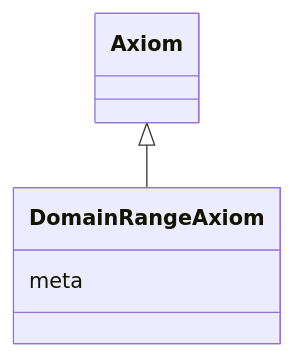
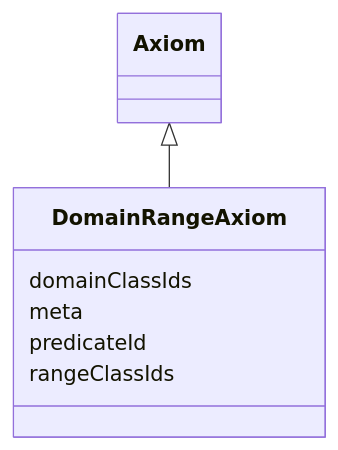
One commit to INCATools/ontology-access-kit changed the diagram in obograph/DomainRangeAxiom.md. Above: the diagram before and after it, drawn with Mermaid. The commit also changed other lines of this file and 117 other files, not shown here.

````diff
--- a/obograph/DomainRangeAxiom.md
+++ b/obograph/DomainRangeAxiom.md
@@ -11,8 +11,11 @@
 ```{mermaid}
  classDiagram
     class DomainRangeAxiom
       Axiom <|-- DomainRangeAxiom
       
+      DomainRangeAxiom : domainClassIds
       DomainRangeAxiom : meta
+      DomainRangeAxiom : predicateId
+      DomainRangeAxiom : rangeClassIds
       
 ```
````
